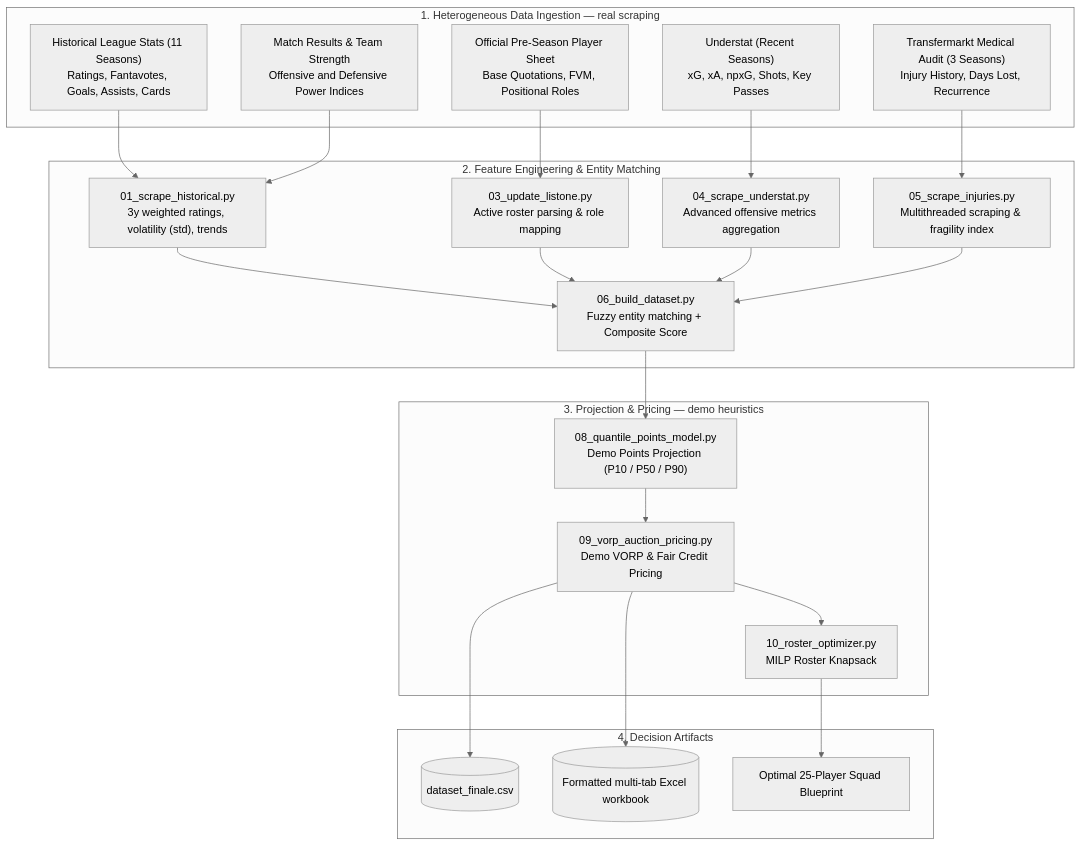
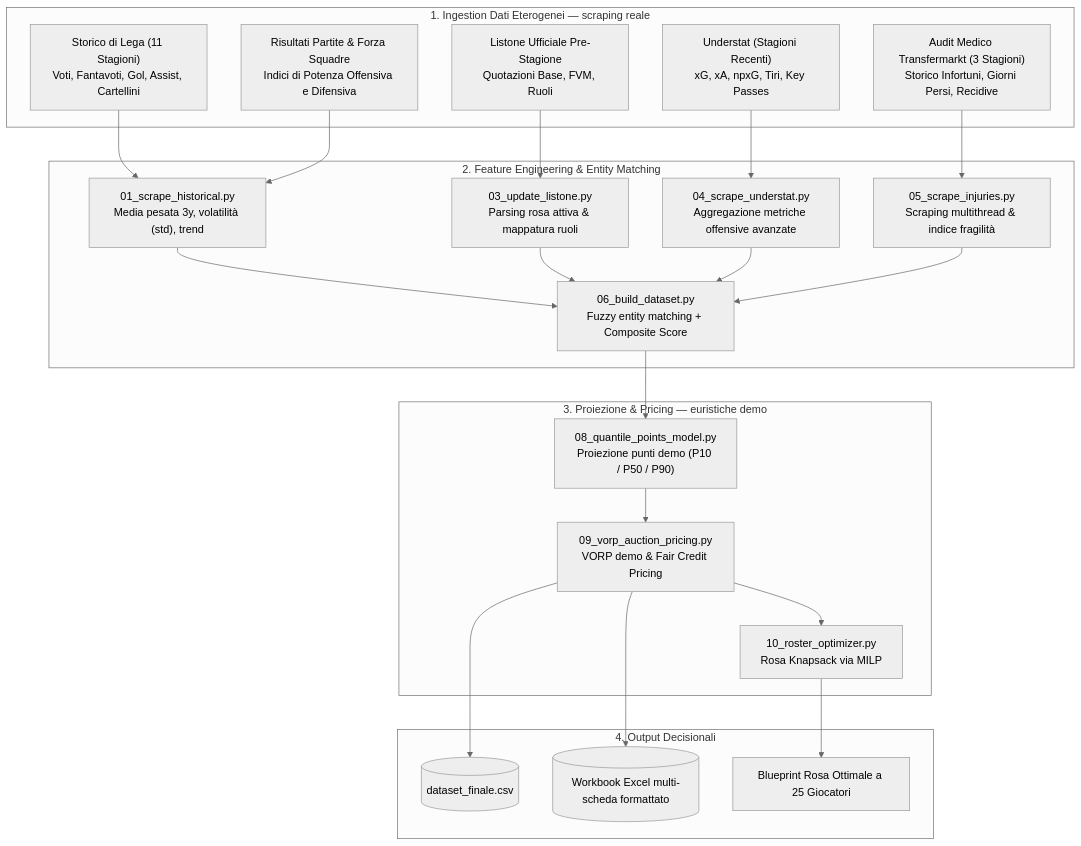
One commit to spectrelabo/fantaofficina changed the first of 3 diagrams in README.md. Above: the diagram before and after it, drawn with Mermaid (neutral theme). The commit also changed other lines of this file and 1 other file, not shown here.

````diff
--- a/README.md
+++ b/README.md
@@ -119,49 +124,49 @@
 ```mermaid
 flowchart TD
-    subgraph Ingestion [1. Heterogeneous Data Ingestion — real scraping]
-        FC_Hist["Historical League Stats (11 Seasons)<br/>Ratings, Fantavotes, Goals, Assists, Cards"]
-        FC_Quot["Official Pre-Season Player Sheet<br/>Base Quotations, FVM, Positional Roles"]
-        US["Understat (Recent Seasons)<br/>xG, xA, npxG, Shots, Key Passes"]
-        TM["Transfermarkt Medical Audit (3 Seasons)<br/>Injury History, Days Lost, Recurrence"]
-        FD["Match Results & Team Strength<br/>Offensive and Defensive Power Indices"]
+    subgraph Ingestion [1. Ingestion Dati Eterogenei — scraping reale]
+        FC_Hist["Storico di Lega (11 Stagioni)<br/>Voti, Fantavoti, Gol, Assist, Cartellini"]
+        FC_Quot["Listone Ufficiale Pre-Stagione<br/>Quotazioni Base, FVM, Ruoli"]
+        US["Understat (Stagioni Recenti)<br/>xG, xA, npxG, Tiri, Key Passes"]
+        TM["Audit Medico Transfermarkt (3 Stagioni)<br/>Storico Infortuni, Giorni Persi, Recidive"]
+        FD["Risultati Partite & Forza Squadre<br/>Indici di Potenza Offensiva e Difensiva"]
     end
 
     subgraph FeatureEng [2. Feature Engineering & Entity Matching]
-        P1["01_scrape_historical.py<br/>3y weighted ratings, volatility (std), trends"]
-        P2["03_update_listone.py<br/>Active roster parsing & role mapping"]
-        P3["04_scrape_understat.py<br/>Advanced offensive metrics aggregation"]
-        P4["05_scrape_injuries.py<br/>Multithreaded scraping & fragility index"]
+        P1["01_scrape_historical.py<br/>Media pesata 3y, volatilità (std), trend"]
+        P2["03_update_listone.py<br/>Parsing rosa attiva & mappatura ruoli"]
+        P3["04_scrape_understat.py<br/>Aggregazione metriche offensive avanzate"]
+        P4["05_scrape_injuries.py<br/>Scraping multithread & indice fragilità"]
         P5["06_build_dataset.py<br/>Fuzzy entity matching + Composite Score"]
     end
 
-    subgraph ModelingDemo [3. Projection & Pricing — demo heuristics]
-        P8["08_quantile_points_model.py<br/>Demo Points Projection (P10 / P50 / P90)"]
-        P9["09_vorp_auction_pricing.py<br/>Demo VORP & Fair Credit Pricing"]
-        P10["10_roster_optimizer.py<br/>MILP Roster Knapsack"]
+    subgraph ModelingDemo [3. Proiezione & Pricing — euristiche demo]
+        P8["08_quantile_points_model.py<br/>Proiezione punti demo (P10 / P50 / P90)"]
+        P9["09_vorp_auction_pricing.py<br/>VORP demo & Fair Credit Pricing"]
+        P10["10_roster_optimizer.py<br/>Rosa Knapsack via MILP"]
     end
 
-    subgraph Artifacts [4. Decision Artifacts]
+    subgraph Artifacts [4. Output Decisionali]
         CSV[("dataset_finale.csv")]
-        XLSX[("Formatted multi-tab Excel workbook")]
-        ROSTER["Optimal 25-Player Squad Blueprint"]
+        XLSX[("Workbook Excel multi-scheda formattato")]
+        ROSTER["Blueprint Rosa Ottimale a 25 Giocatori"]
     end
 
     FC_Hist --> P1
     FD --> P1
     FC_Quot --> P2
     US --> P3
     TM --> P4
 
     P1 --> P5
     P2 --> P5
     P3 --> P5
     P4 --> P5
 
     P5 --> P8
     P8 --> P9
     P9 --> P10
 
     P9 --> CSV
     P9 --> XLSX
     P10 --> ROSTER
 ```
````
